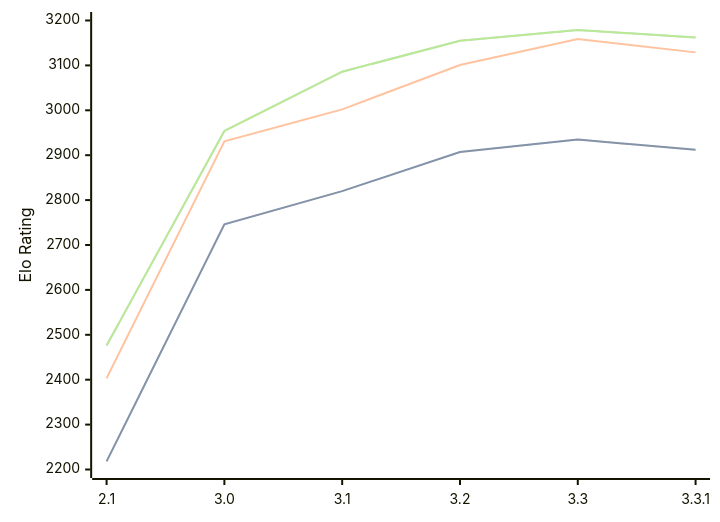
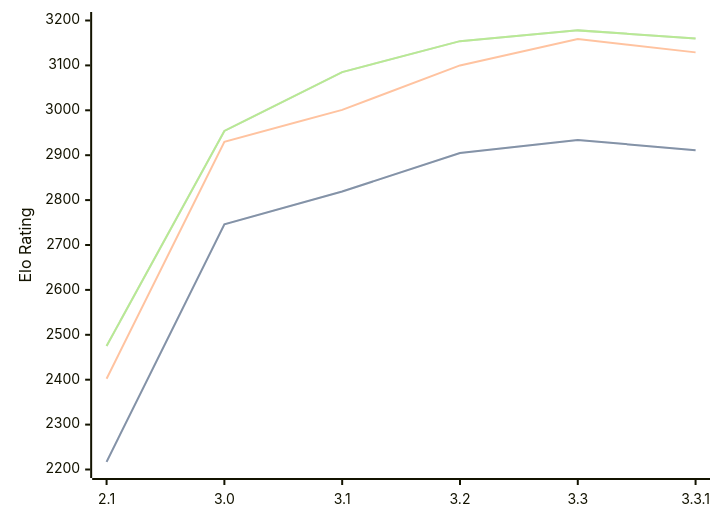
Before and after one commit to computer-chess-index/cci: the diagram in engines/Petrel.md, drawn with Mermaid. The commit also changed other lines of this file, not shown here.

Commit message:
Update CCI Ratings (ELO VLTC) - 2026-06-07

````diff
--- a/engines/Petrel.md
+++ b/engines/Petrel.md
@@ -45,11 +46,11 @@
 ```mermaid
 %%{init: {"theme":"base","themeVariables":{"seriesColors:['#a3a3a3','#222221','#faa371']}}}%%
 xychart-beta
   x-axis ["2.1", "3.0", "3.1", "3.2", "3.3", "3.3.1"]
   y-axis "Elo Rating" 2200 --> 3200
-  line "STC (8.0+0.08s)" [2218, 2746, 2820, 2907, 2935, 2912]
-  line "STC (8.0+0.08s)" [2218, 2746, 2820, 2907, 2935, 2912]
-  line "LTC (60.0+0.60s)" [2403, 2931, 3002, 3101, 3159, 3129]
-  line "VLTC (2m24s+1.12s)" [2476, 2954, 3086, 3155, 3179, 3162]
-  line "VLTC (2m24s+1.12s)" [2476, 2954, 3086, 3155, 3179, 3162]
+  line "STC (8.0+0.08s)" [2217, 2746, 2819, 2905, 2934, 2911]
+  line "STC (8.0+0.08s)" [2217, 2746, 2819, 2905, 2934, 2911]
+  line "LTC (60.0+0.60s)" [2402, 2930, 3001, 3100, 3159, 3129]
+  line "VLTC (2m24s+1.12s)" [2475, 2954, 3085, 3154, 3178, 3160]
+  line "VLTC (2m24s+1.12s)" [2475, 2954, 3085, 3154, 3178, 3160]
 ```
````
